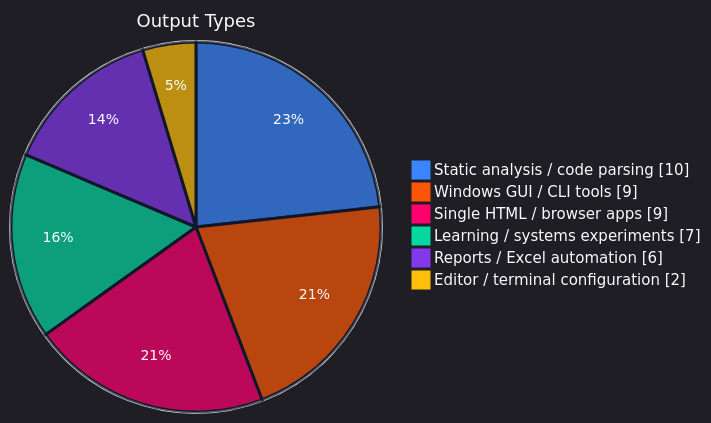
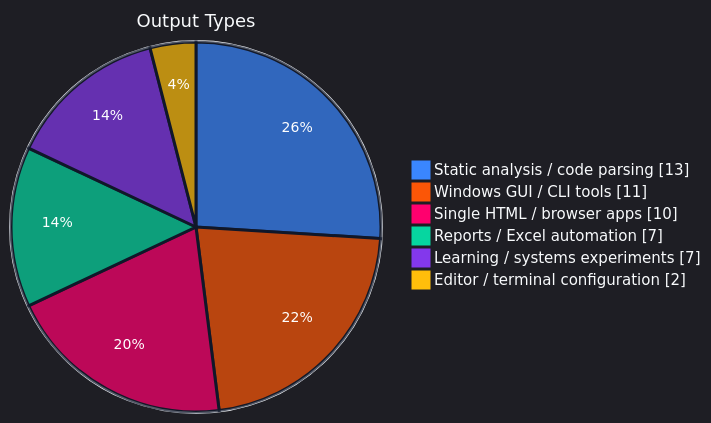
Before and after one commit to SSsan-00/SSsan-00: the second of 4 diagrams in README.md, drawn with Mermaid. The commit also changed other lines of this file and 2 other files, not shown here.

````diff
--- a/README.md
+++ b/README.md
@@ -56,11 +56,11 @@
 ```mermaid
 %%{init: {"theme":"dark","themeVariables":{"background":"#0f172a","mainBkg":"#0f172a","textColor":"#f8fafc","primaryTextColor":"#f8fafc","pieStrokeColor":"#0f172a","pieStrokeWidth":"3px","pieOuterStrokeColor":"#f8fafc","pieOuterStrokeWidth":"2px","pieTitleTextColor":"#f8fafc","pieTitleTextSize":"18px","pieLegendTextColor":"#f8fafc","pieLegendTextSize":"15px","pieSectionTextColor":"#ffffff","pieSectionTextSize":"14px","pie1":"#3a86ff","pie2":"#fb5607","pie3":"#ff006e","pie4":"#06d6a0","pie5":"#8338ec","pie6":"#ffbe0b"}}}%%
 pie showData
   title Output Types
-  "Static analysis / code parsing" : 10
-  "Windows GUI / CLI tools" : 9
-  "Single HTML / browser apps" : 9
+  "Static analysis / code parsing" : 13
+  "Windows GUI / CLI tools" : 11
+  "Single HTML / browser apps" : 10
+  "Reports / Excel automation" : 7
   "Learning / systems experiments" : 7
-  "Reports / Excel automation" : 6
   "Editor / terminal configuration" : 2
 ```
````
